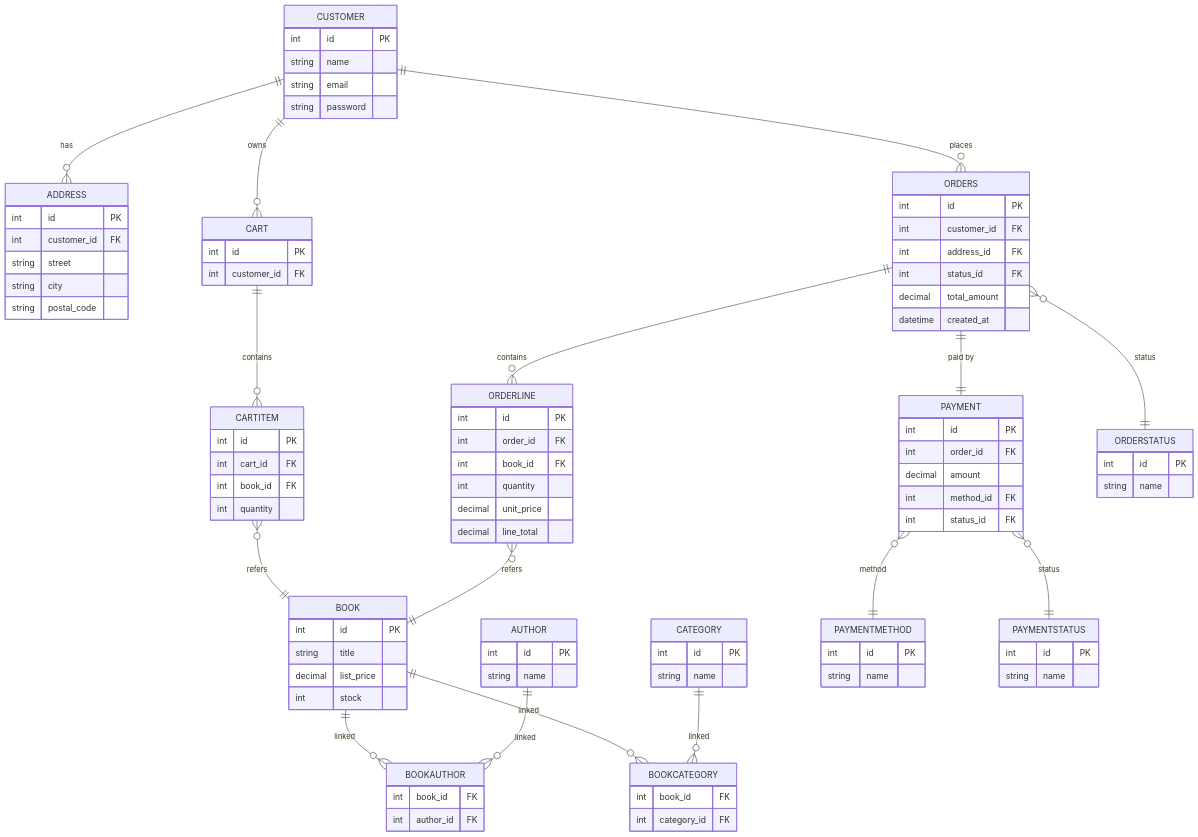
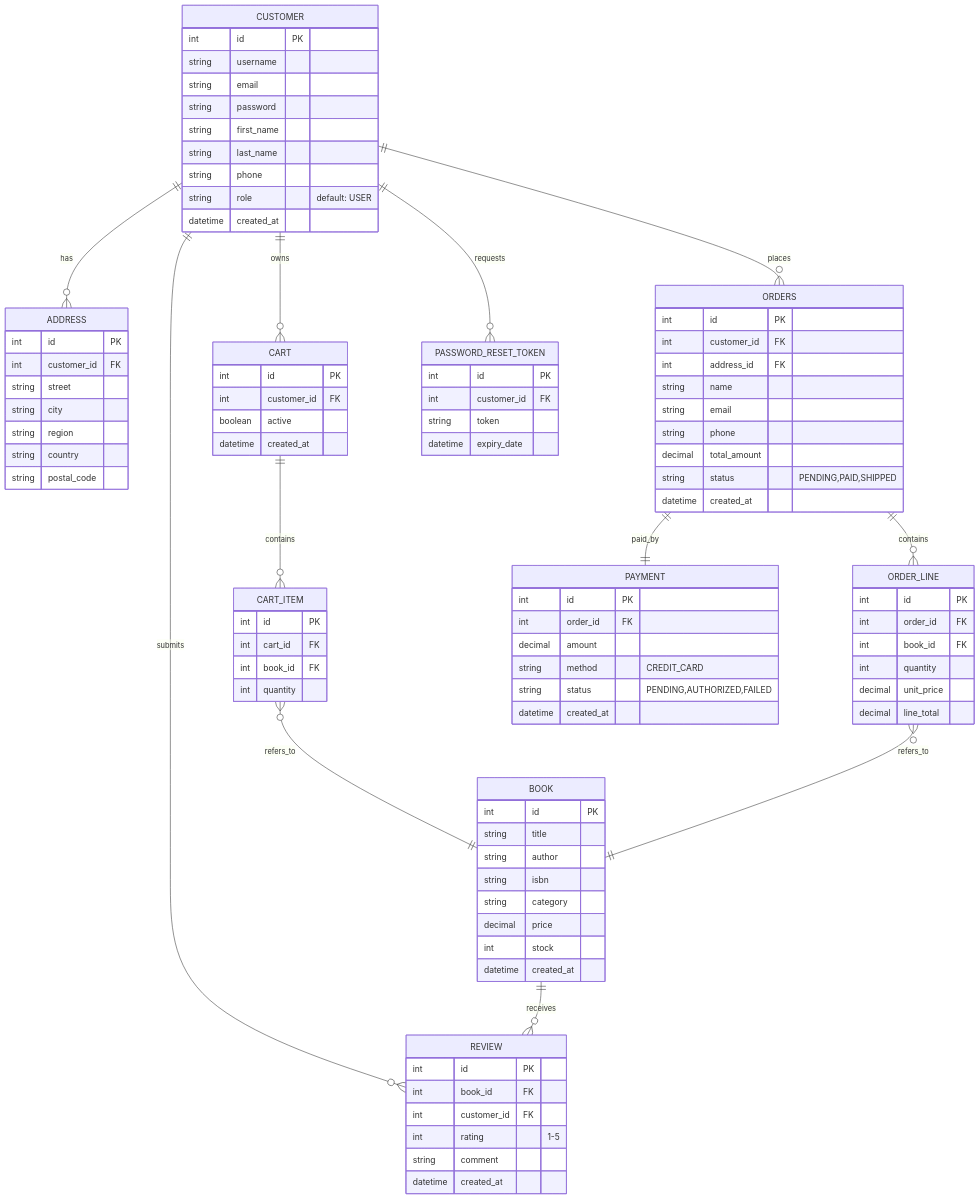
Before and after one commit to MartinS416/SYSC4806_group_25_online_book_store: the diagram in README.md, drawn with Mermaid. The commit also changed other lines of this file, not shown here.

First line of the commit message:
Revise README with updated diagrams and decisions

````diff
--- a/README.md
+++ b/README.md
@@ -51,9 +103,14 @@
 
     CUSTOMER {
         int id PK
-        string name
+        string username
         string email
         string password
+        string first_name
+        string last_name
+        string phone
+        string role "default: USER"
+        datetime created_at
     }
 
     ADDRESS {
@@ -61,15 +118,19 @@
         int customer_id FK
         string street
         string city
+        string region
+        string country
         string postal_code
     }
 
     CART {
         int id PK
         int customer_id FK
+        boolean active
+        datetime created_at
     }
 
-    CARTITEM {
+    CART_ITEM {
         int id PK
         int cart_id FK
         int book_id FK
@@ -79,40 +140,27 @@
     BOOK {
         int id PK
         string title
-        decimal list_price
+        string author
+        string isbn
+        string category
+        decimal price
         int stock
-    }
-
-    AUTHOR {
-        int id PK
-        string name
-    }
-
-    CATEGORY {
-        int id PK
-        string name
-    }
-
-    BOOKAUTHOR {
-        int book_id FK
-        int author_id FK
-    }
-
-    BOOKCATEGORY {
-        int book_id FK
-        int category_id FK
+        datetime created_at
     }
 
     ORDERS {
         int id PK
         int customer_id FK
         int address_id FK
-        int status_id FK
+        string name
+        string email
+        string phone
         decimal total_amount
+        string status "PENDING,PAID,SHIPPED"
         datetime created_at
     }
 
-    ORDERLINE {
+    ORDER_LINE {
         int id PK
         int order_id FK
         int book_id FK
@@ -121,48 +169,40 @@
         decimal line_total
     }
 
+    REVIEW {
+        int id PK
+        int book_id FK
+        int customer_id FK
+        int rating "1-5"
+        string comment
+        datetime created_at
+    }
+
     PAYMENT {
         int id PK
         int order_id FK
         decimal amount
-        int method_id FK
-        int status_id FK
+        string method "CREDIT_CARD"
+        string status "PENDING,AUTHORIZED,FAILED"
+        datetime created_at
     }
 
-    ORDERSTATUS {
+    PASSWORD_RESET_TOKEN {
         int id PK
-        string name
+        int customer_id FK
+        string token
+        datetime expiry_date
     }
-
-    PAYMENTMETHOD {
-        int id PK
-        string name
-    }
-
-    PAYMENTSTATUS {
-        int id PK
-        string name
-    }
-
 
     CUSTOMER ||--o{ ADDRESS : "has"
     CUSTOMER ||--o{ CART : "owns"
-    CART ||--o{ CARTITEM : "contains"
-    CARTITEM }o--|| BOOK : "refers"
-
-    BOOK ||--o{ BOOKAUTHOR : "linked"
-    AUTHOR ||--o{ BOOKAUTHOR : "linked"
-
-    BOOK ||--o{ BOOKCATEGORY : "linked"
-    CATEGORY ||--o{ BOOKCATEGORY : "linked"
-
+    CART ||--o{ CART_ITEM : "contains"
+    CART_ITEM }o--|| BOOK : "refers_to"
     CUSTOMER ||--o{ ORDERS : "places"
-    ORDERS ||--o{ ORDERLINE : "contains"
-    ORDERLINE }o--|| BOOK : "refers"
-
-    ORDERS }o--|| ORDERSTATUS : "status"
-    PAYMENT }o--|| PAYMENTMETHOD : "method"
-    PAYMENT }o--|| PAYMENTSTATUS : "status"
-
-    ORDERS ||--|| PAYMENT : "paid by"
+    CUSTOMER ||--o{ REVIEW : "submits"
+    ORDERS ||--o{ ORDER_LINE : "contains"
+    ORDER_LINE }o--|| BOOK : "refers_to"
+    BOOK ||--o{ REVIEW : "receives"
+    ORDERS ||--|| PAYMENT : "paid_by"
+    CUSTOMER ||--o{ PASSWORD_RESET_TOKEN : "requests"
 ```
````
